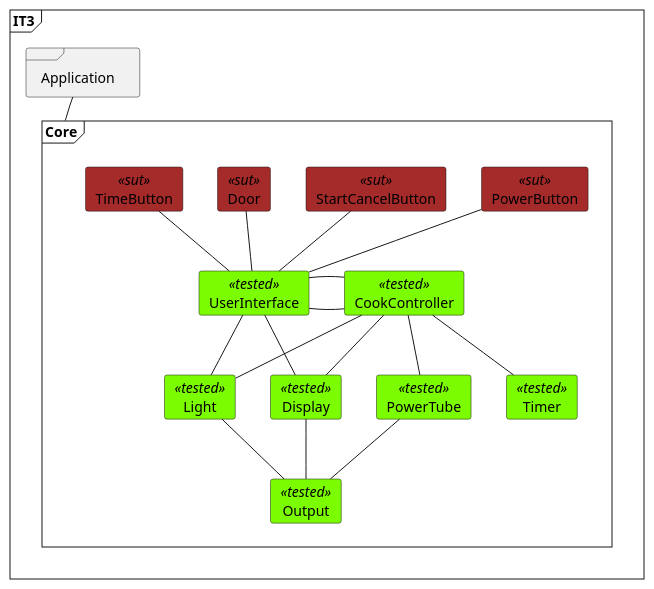
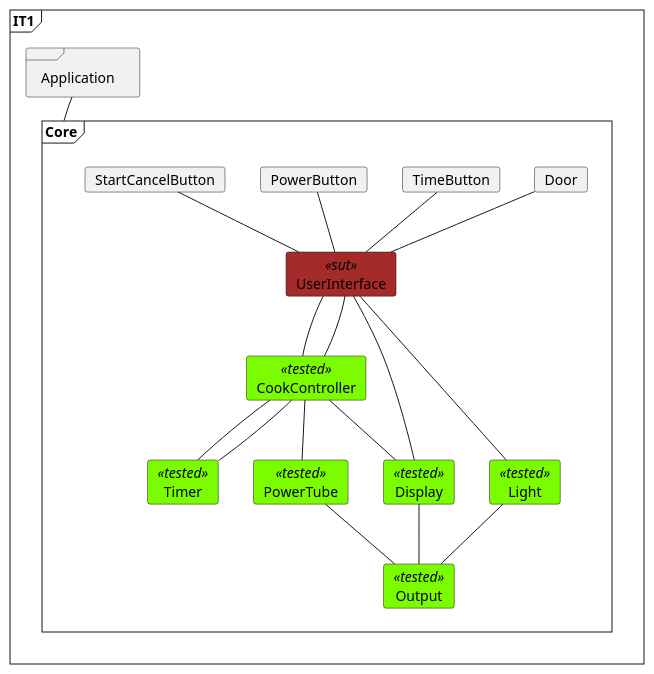
One commit to TeamSWT7/03-MicrowaveOven changed the diagram in docs/SysTestTree3.plantuml. Above: the diagram before and after it, drawn with PlantUML. The commit also changed 2 other files, not shown here.

```diff
--- a/docs/SysTestTree3.plantuml
+++ b/docs/SysTestTree3.plantuml
@@ -1,58 +1,58 @@
-@startuml SysTestTree3
+@startuml SysTestTree1
 
 skinparam shadowing false
 'skinparam monochrome true
 skinparam backgroundColor transparent
 skinparam classBackgroundColor transparent
 skinparam style strictuml
 
 'Testing colors:
 skinparam card {
     backgroundColor<<sut>> brown
     backgroundColor<<tested>> lawngreen
 }
 
-frame IT3 {
+frame IT1 {
 
 frame Application
 
 frame Core {
-    card UserInterface<<tested>>
+    card UserInterface<<sut>>
     card CookController<<tested>>
 
+    card Door
     card Light<<tested>>
     card Timer<<tested>>
     card PowerTube<<tested>>
     card Display<<tested>>
     card Output<<tested>>
 
-    card Door<<sut>>
-    card TimeButton<<sut>>
-    card PowerButton<<sut>>
-    card StartCancelButton<<sut>>
+    card TimeButton
+    card PowerButton
+    card StartCancelButton
 }
 
 Application -- Core
 
 TimeButton -- UserInterface
 PowerButton -- UserInterface
 StartCancelButton -- UserInterface
 Door -- UserInterface
 
 UserInterface - CookController
-UserInterface -- Light
-UserInterface -- Display
+UserInterface --- Light
+UserInterface --- Display
 
-CookController - UserInterface
-CookController -- Light
+CookController -- UserInterface
 CookController -- Display
 CookController -- Timer
 CookController -- PowerTube
 
+Timer - CookController
 Light -- Output
 Display -- Output
 PowerTube -- Output
 
 }
 
 @enduml
```
